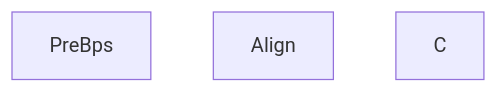
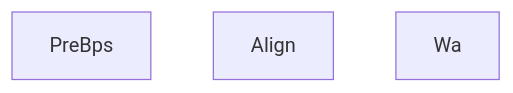
Before and after one commit to huzixuan1/iodraw-files: the diagram in all/未命名-6.md, drawn with Mermaid.

Commit message:
2025-06-24 16:04:59 update

````diff
--- a/all/未命名-6.md
+++ b/all/未命名-6.md
@@ -1,21 +1,21 @@
 ```mermaid
 graph TD
     %% B[cvtOpticalFlow]
     %% B --> C{Is initialized}
 
     %% C -- No --> D[vioInitialize]
     %% D --> E{Initialization success}
     %% E -- No --> F[Return empty SlamOutput]
     %% E -- Yes --> G[Set initialized = true]
 
     %% C -- Yes --> H[zuptCheck]
 
     %% G --> H
     %% H --> I[processImuMeas]
     %% I --> J[processVisionMeas]
     %% B --curr_flow_--> J
 
     A[PreBps]
     B[Align]
-    C
+    C[Wa]
 ```
````
